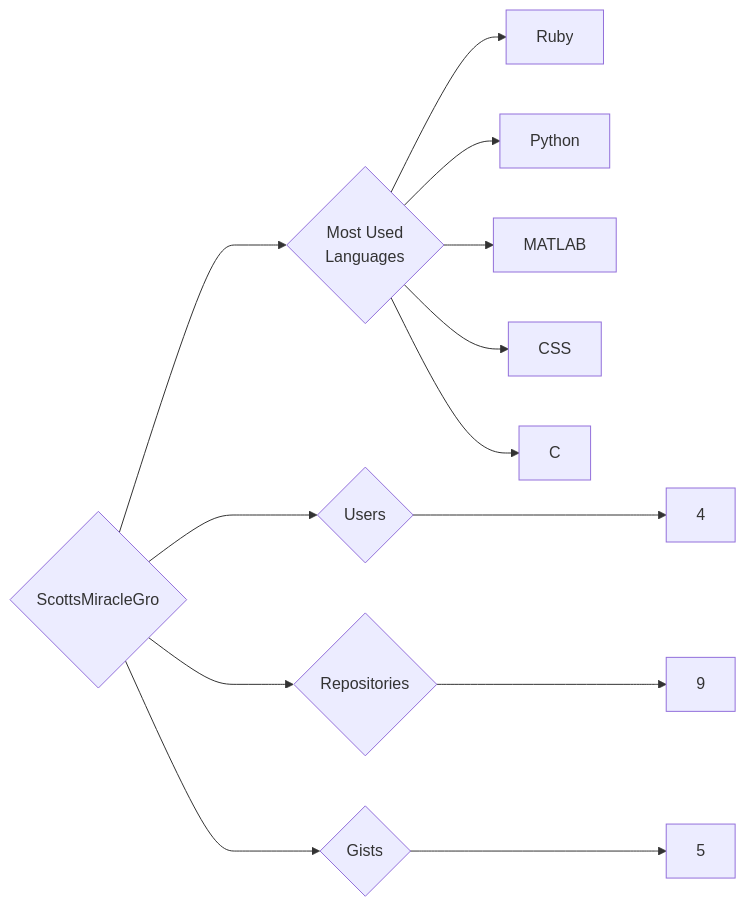
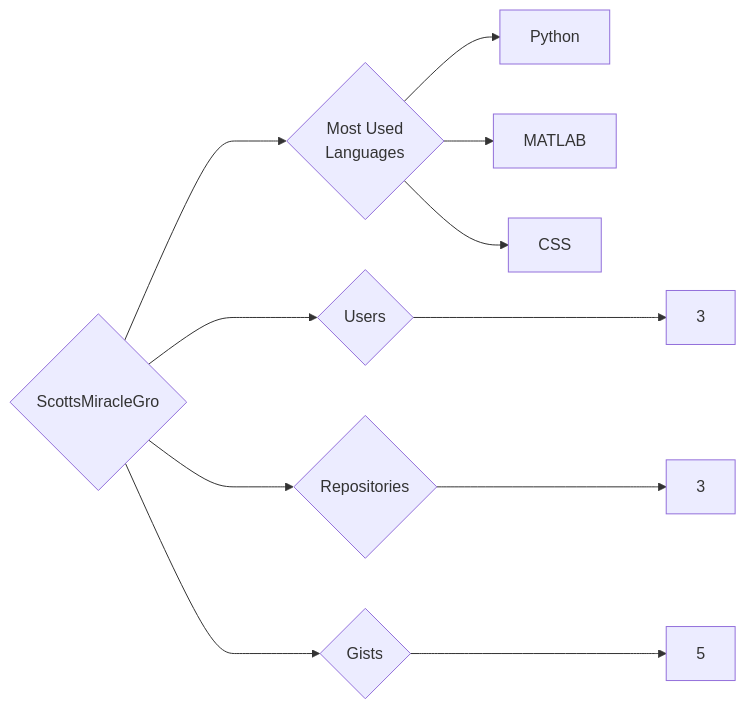
One commit to trickest/insiders changed the diagram in targets/ScottsMiracleGro/README.md. Above: the diagram before and after it, drawn with Mermaid. The commit also changed 1496 other files, not shown here.

````diff
--- a/targets/ScottsMiracleGro/README.md
+++ b/targets/ScottsMiracleGro/README.md
@@ -3,13 +3,11 @@
 ```mermaid
 graph LR
 COMPANY_NAME{ScottsMiracleGro}
-COMPANY_NAME ---> U{Users} ---> UN[4]
-COMPANY_NAME ---> R{Repositories} ---> RN[9]
+COMPANY_NAME ---> U{Users} ---> UN[3]
+COMPANY_NAME ---> R{Repositories} ---> RN[3]
 COMPANY_NAME ---> G{Gists} ---> GN[5]
 COMPANY_NAME ---> ML{Most Used<br>Languages}
-ML --> Ruby[Ruby]
 ML --> Python[Python]
 ML --> MATLAB[MATLAB]
 ML --> CSS[CSS]
-ML --> C[C]
 ```
````
